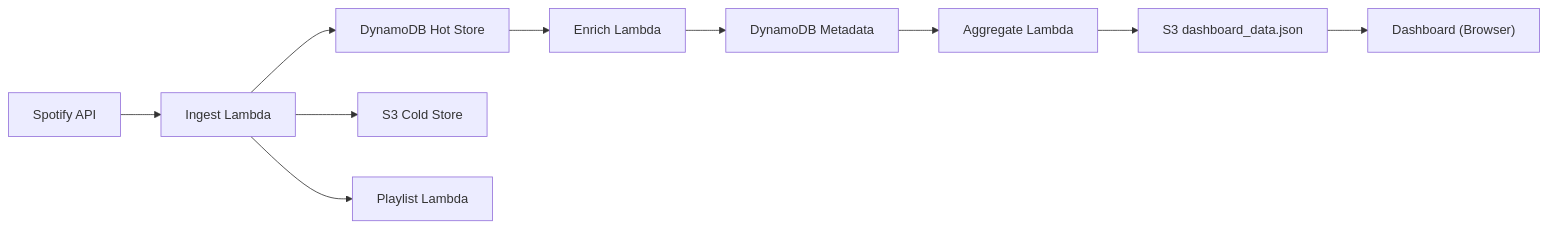
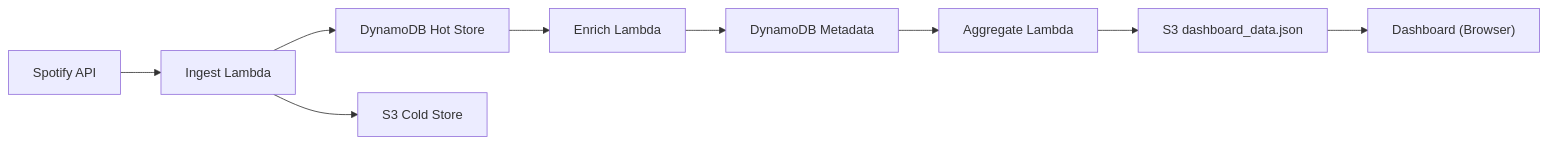
The diagram in README.md (kklike32/Spotify-Lifecycle-Manager), drawn with Mermaid before and after one commit. The commit also changed other lines of this file and 10 other files, not shown here.

````diff
--- a/README.md
+++ b/README.md
@@ -30,12 +30,11 @@
 ```mermaid
 flowchart LR
   Spotify[Spotify API] --> Ingest[Ingest Lambda]
   Ingest --> Hot[DynamoDB Hot Store]
   Ingest --> Cold[S3 Cold Store]
   Hot --> Enrich[Enrich Lambda]
   Enrich --> Meta[DynamoDB Metadata]
   Meta --> Aggregate[Aggregate Lambda]
   Aggregate --> Dash[S3 dashboard_data.json]
   Dash --> Browser["Dashboard (Browser)"]
-  Ingest --> Playlists[Playlist Lambda]
 ```
````
